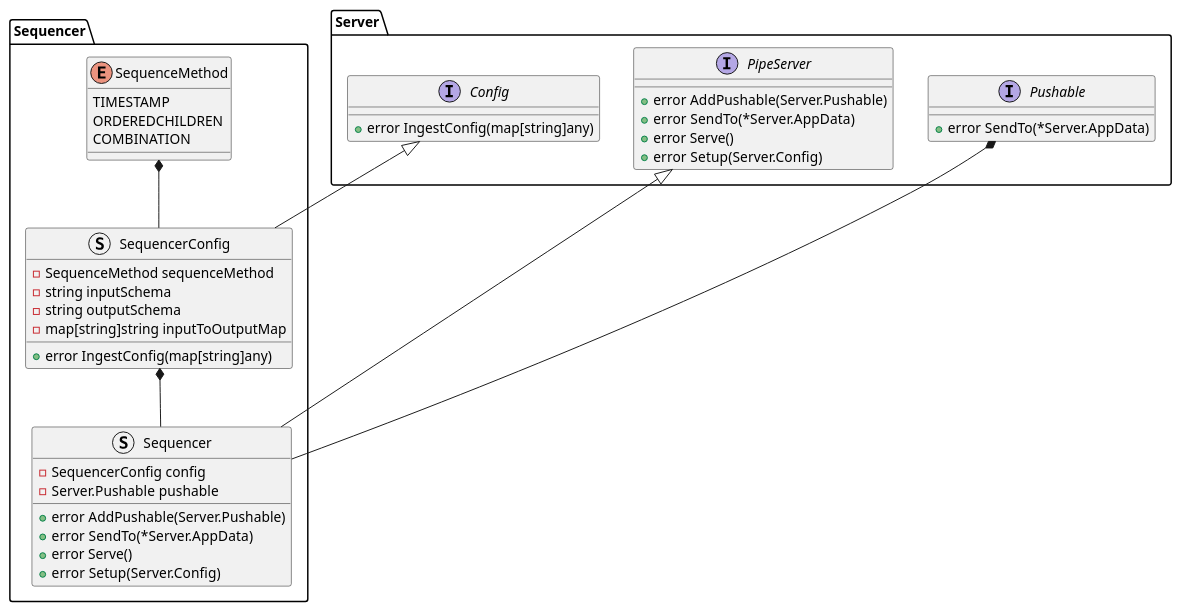
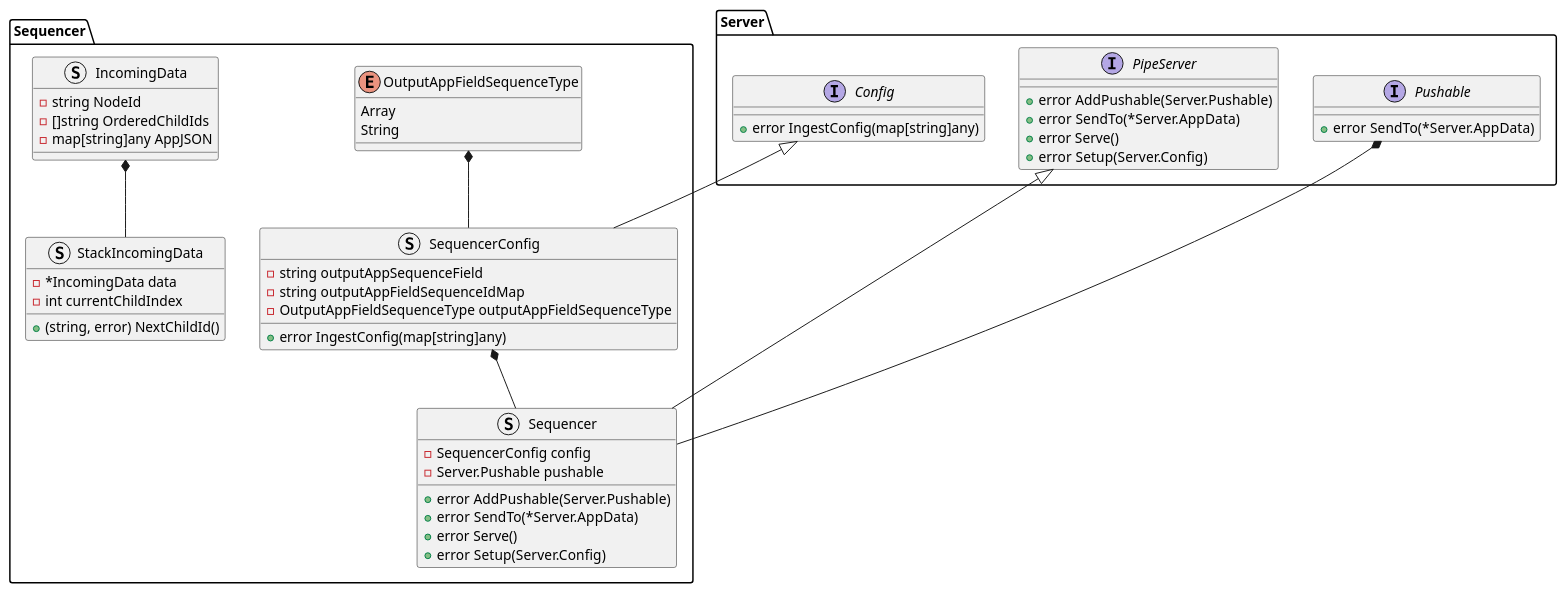
Before and after one commit to xtuml/otel2pv: the diagram in docs/design_notes/DN2_Sequencer/class_diagram.puml, drawn with PlantUML. The commit also changed 6 other files, not shown here.

First line of the commit message:
Cdsopv 105 create sequencer (#63)

```diff
--- a/docs/design_notes/DN2_Sequencer/class_diagram.puml
+++ b/docs/design_notes/DN2_Sequencer/class_diagram.puml
@@ -1,43 +1,52 @@
 @startuml
 interface Server.Config {
     +error IngestConfig(map[string]any)
 }
 interface Server.PipeServer {
     +error AddPushable(Server.Pushable)
     +error SendTo(*Server.AppData)
     +error Serve()
     +error Setup(Server.Config)
 }
 interface Server.Pushable {
     +error SendTo(*Server.AppData)
 }
 
 namespace Sequencer {
-    enum SequenceMethod {
-        TIMESTAMP
-        ORDEREDCHILDREN
-        COMBINATION
+    enum OutputAppFieldSequenceType {
+        Array
+        String
     }
     struct SequencerConfig {
-        -SequenceMethod sequenceMethod
-        -string inputSchema
-        -string outputSchema
-        -map[string]string inputToOutputMap
+        -string outputAppSequenceField
+        -string outputAppFieldSequenceIdMap
+        -OutputAppFieldSequenceType outputAppFieldSequenceType
         +error IngestConfig(map[string]any)
     }
     struct Sequencer {
         -SequencerConfig config
         -Server.Pushable pushable
         +error AddPushable(Server.Pushable)
         +error SendTo(*Server.AppData)
         +error Serve()
         +error Setup(Server.Config)
     }
+    struct IncomingData {
+        -string NodeId
+        -[]string OrderedChildIds
+        -map[string]any AppJSON
+    }
+    struct StackIncomingData {
+        -*IncomingData data
+        -int currentChildIndex
+        +(string, error) NextChildId()
+    }
 }
 
 Server.PipeServer <|-- Sequencer.Sequencer
 Server.Pushable *-- Sequencer.Sequencer
 Server.Config <|-- Sequencer.SequencerConfig
 Sequencer.SequencerConfig *-- Sequencer.Sequencer
-Sequencer.SequenceMethod *-- Sequencer.SequencerConfig
+Sequencer.OutputAppFieldSequenceType *-- Sequencer.SequencerConfig
+Sequencer.IncomingData *-- Sequencer.StackIncomingData
 @enduml
```
